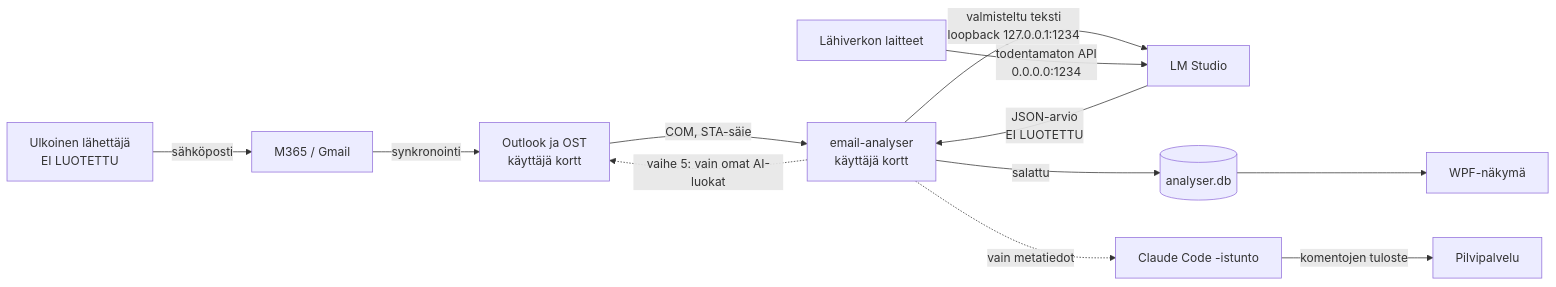
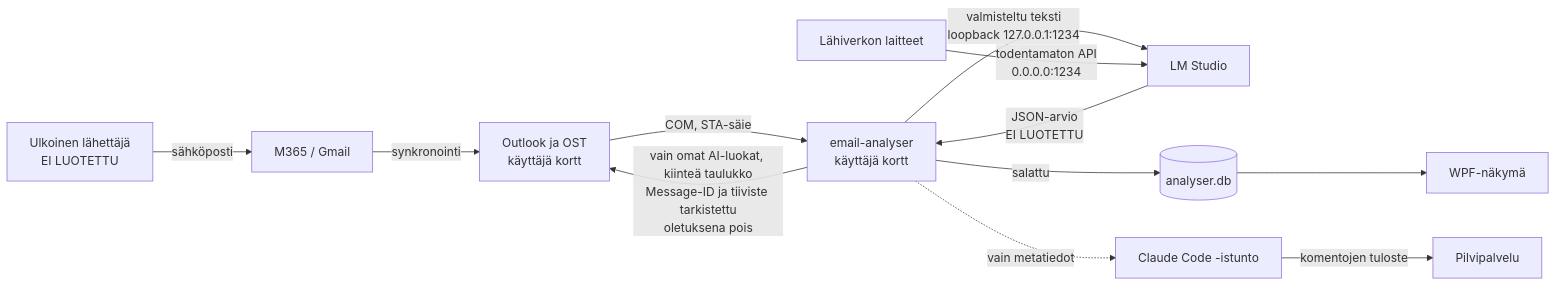
One commit to Browleri/email-analyser changed the diagram in docs/tietoturva-arvio.md. Above: the diagram before and after it, drawn with Mermaid. The commit also changed other lines of this file and 23 other files, not shown here.

First line of the commit message:
Vaihe 5: jatkuva seuranta, Outlook-luokat ja tietoturvavaatimukset

````diff
--- a/docs/tietoturva-arvio.md
+++ b/docs/tietoturva-arvio.md
@@ -38,14 +40,14 @@
 ```mermaid
 flowchart LR
     S[Ulkoinen lähettäjä<br/>EI LUOTETTU] -->|sähköposti| X[M365 / Gmail]
     X -->|synkronointi| O[Outlook ja OST<br/>käyttäjä kortt]
     O -->|COM, STA-säie| A[email-analyser<br/>käyttäjä kortt]
     A -->|valmisteltu teksti<br/>loopback 127.0.0.1:1234| L[LM Studio]
     L -->|JSON-arvio<br/>EI LUOTETTU| A
     A -->|salattu| D[(analyser.db)]
     D --> U[WPF-näkymä]
-    A -. vaihe 5: vain omat AI-luokat .-> O
+    A -->|vain omat AI-luokat, kiinteä taulukko<br/>Message-ID ja tiiviste tarkistettu<br/>oletuksena pois| O
     LAN[Lähiverkon laitteet] -->|todentamaton API<br/>0.0.0.0:1234| L
     C[Claude Code -istunto] -->|komentojen tuloste| CL[Pilvipalvelu]
     A -. vain metatiedot .-> C
 ```
````
